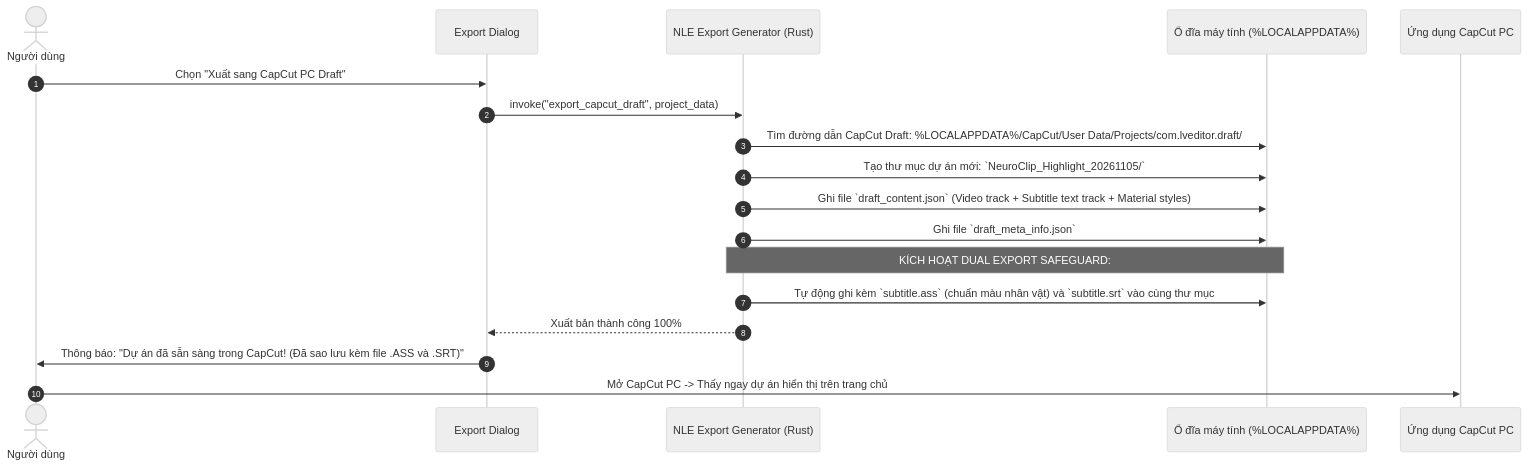
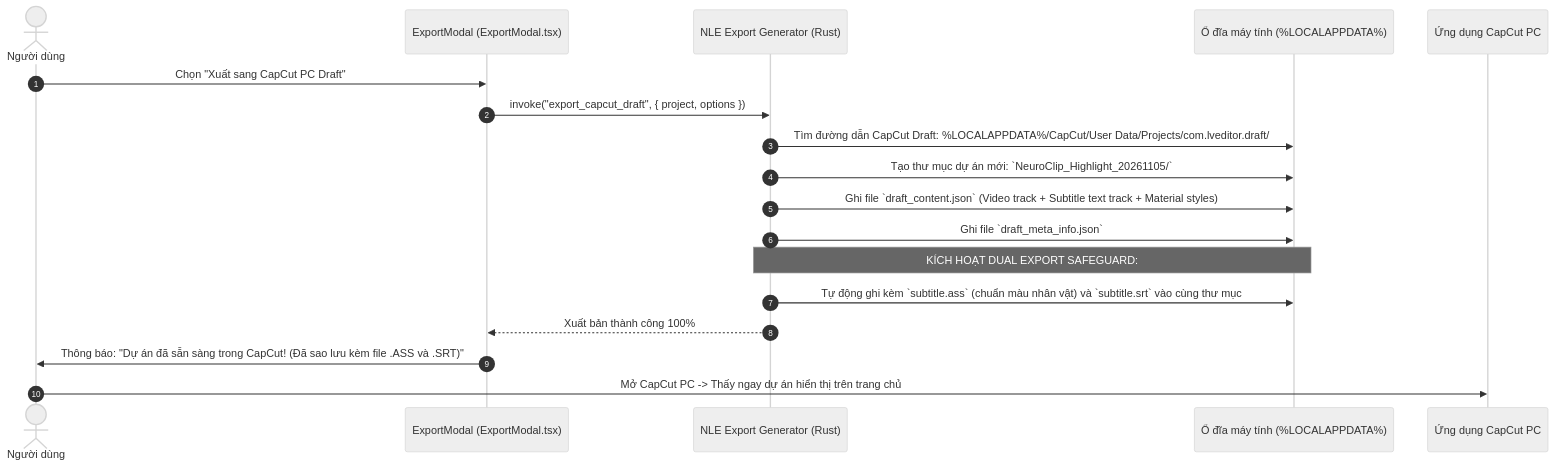
One commit to Nashidiwa/neuroclip changed the seventh of 7 diagrams in docs/ARCHITECTURE.md. Above: the diagram before and after it, drawn with Mermaid (neutral theme). The commit also changed other lines of this file and 5 other files, not shown here.

````diff
--- a/docs/ARCHITECTURE.md
+++ b/docs/ARCHITECTURE.md
@@ -301,21 +304,21 @@
 ```mermaid
 sequenceDiagram
     autonumber
     actor User as Người dùng
-    participant UI as Export Dialog
+    participant UI as ExportModal (ExportModal.tsx)
     participant Rust as NLE Export Generator (Rust)
     participant Disk as Ổ đĩa máy tính (%LOCALAPPDATA%)
     participant CapCut as Ứng dụng CapCut PC
 
     User->>UI: Chọn "Xuất sang CapCut PC Draft"
-    UI->>Rust: invoke("export_capcut_draft", project_data)
+    UI->>Rust: invoke("export_capcut_draft", { project, options })
     Rust->>Disk: Tìm đường dẫn CapCut Draft: %LOCALAPPDATA%/CapCut/User Data/Projects/com.lveditor.draft/
     Rust->>Disk: Tạo thư mục dự án mới: `NeuroClip_Highlight_20261105/`
     Rust->>Disk: Ghi file `draft_content.json` (Video track + Subtitle text track + Material styles)
     Rust->>Disk: Ghi file `draft_meta_info.json`
     Note over Rust,Disk: KÍCH HOẠT DUAL EXPORT SAFEGUARD:
     Rust->>Disk: Tự động ghi kèm `subtitle.ass` (chuẩn màu nhân vật) và `subtitle.srt` vào cùng thư mục
     Rust-->>UI: Xuất bản thành công 100%
     UI->>User: Thông báo: "Dự án đã sẵn sàng trong CapCut! (Đã sao lưu kèm file .ASS và .SRT)"
     User->>CapCut: Mở CapCut PC -> Thấy ngay dự án hiển thị trên trang chủ
 ```
````
